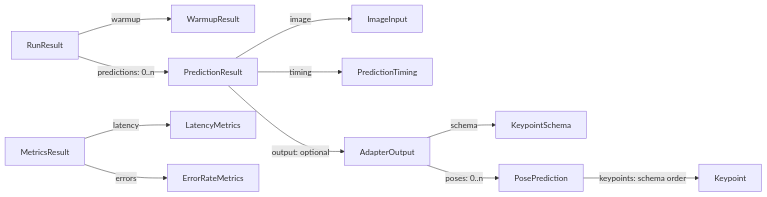
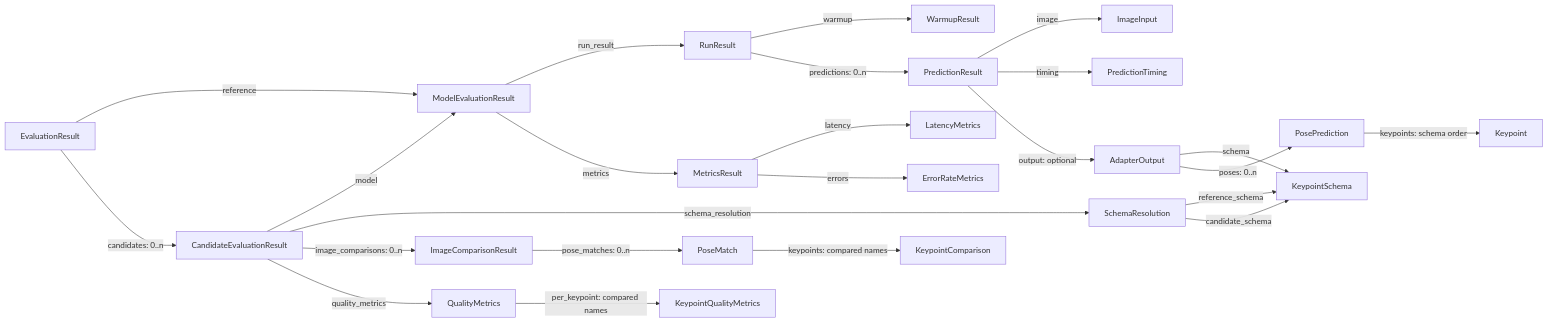
The second of 2 diagrams in docs/architecture.md (Kamil-J-Prokop/pose-deploy-gate), drawn with Mermaid before and after one commit. The commit also changed other lines of this file and 17 other files, not shown here.

Commit message:
docs(comparison): documentation rework for multi-model reference comparison

````diff
--- a/docs/architecture.md
+++ b/docs/architecture.md
@@ -48,13 +56,26 @@
 ```mermaid
 flowchart LR
+    EvaluationResult -->|reference| ModelEvaluationResult
+    EvaluationResult -->|"candidates: 0..n"| CandidateEvaluationResult
+    ModelEvaluationResult -->|run_result| RunResult
+    ModelEvaluationResult -->|metrics| MetricsResult
+    CandidateEvaluationResult -->|model| ModelEvaluationResult
+    CandidateEvaluationResult -->|schema_resolution| SchemaResolution
+    CandidateEvaluationResult -->|"image_comparisons: 0..n"| ImageComparisonResult
+    CandidateEvaluationResult -->|quality_metrics| QualityMetrics
+    SchemaResolution -->|reference_schema| KeypointSchema
+    SchemaResolution -->|candidate_schema| KeypointSchema
+    ImageComparisonResult -->|"pose_matches: 0..n"| PoseMatch
+    PoseMatch -->|"keypoints: compared names"| KeypointComparison
+    QualityMetrics -->|"per_keypoint: compared names"| KeypointQualityMetrics
     RunResult -->|warmup| WarmupResult
     RunResult -->|"predictions: 0..n"| PredictionResult
     PredictionResult -->|image| ImageInput
     PredictionResult -->|timing| PredictionTiming
     PredictionResult -->|"output: optional"| AdapterOutput
     AdapterOutput -->|schema| KeypointSchema
     AdapterOutput -->|"poses: 0..n"| PosePrediction
     PosePrediction -->|"keypoints: schema order"| Keypoint
     MetricsResult -->|latency| LatencyMetrics
     MetricsResult -->|errors| ErrorRateMetrics
 ```
````
